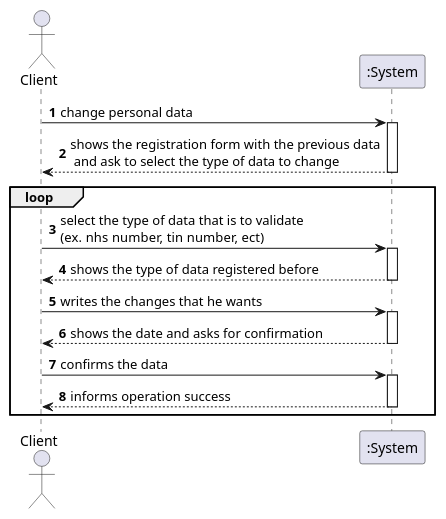
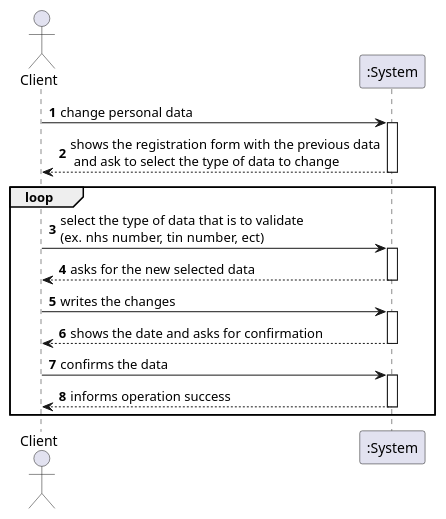
One commit to GuilhermeCunha79/lapr2 changed the diagram in docs/SprintD/US2/US02_SSD.puml. Above: the diagram before and after it, drawn with PlantUML. The commit also changed 28 other files, not shown here.

Commit message:
Updating US-02 diagrams and add SVG's [Requirements Engineering]

```diff
--- a/docs/SprintD/US2/US02_SSD.puml
+++ b/docs/SprintD/US2/US02_SSD.puml
@@ -1,29 +1,29 @@
 @startuml
 'https://plantuml.com/sequence-diagram
 
 autonumber
 
 actor Client as CLT
 participant ":System" as SYS
 
 CLT-> SYS : change personal data
 activate SYS
 SYS-->CLT : shows the registration form with the previous data\n and ask to select the type of data to change
 deactivate SYS
 loop
 CLT -> SYS : select the type of data that is to validate\n(ex. nhs number, tin number, ect)
 activate SYS
-SYS-->CLT : shows the type of data registered before
+SYS-->CLT : asks for the new selected data
 deactivate SYS
-CLT-> SYS : writes the changes that he wants
+CLT-> SYS : writes the changes
 activate SYS
 SYS--> CLT : shows the date and asks for confirmation
 deactivate SYS
 CLT->SYS : confirms the data
 activate SYS
 SYS-->CLT : informs operation success
 deactivate SYS
 end
 
 
 @enduml
```
